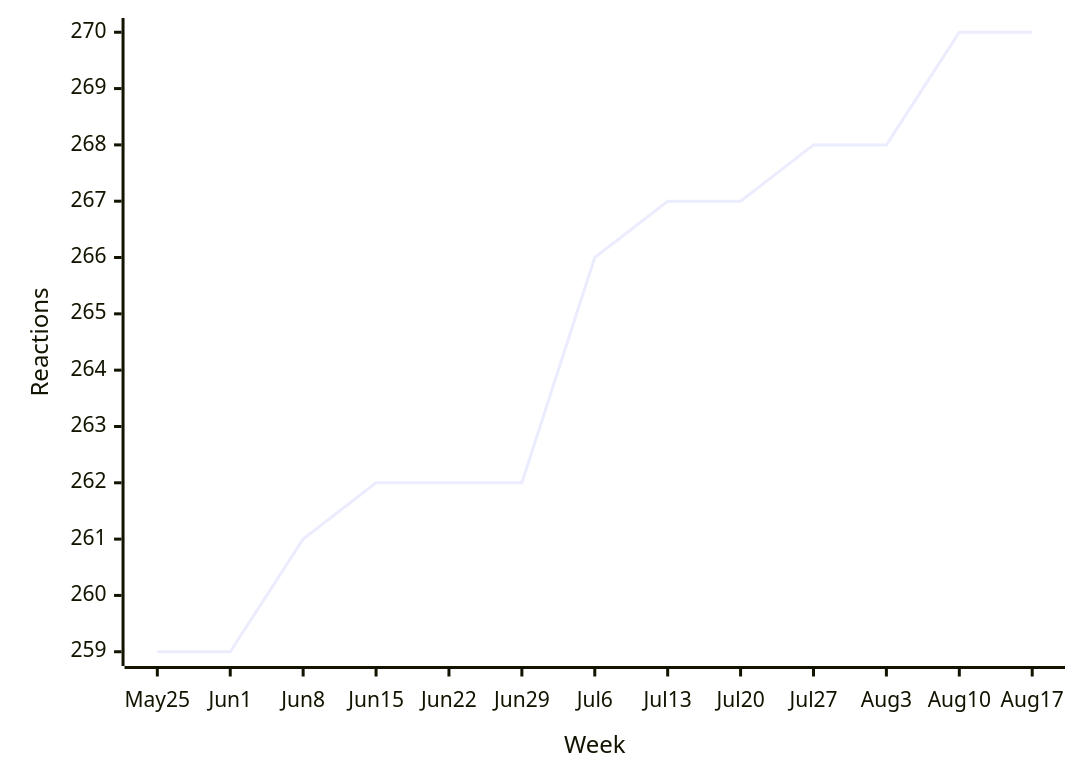
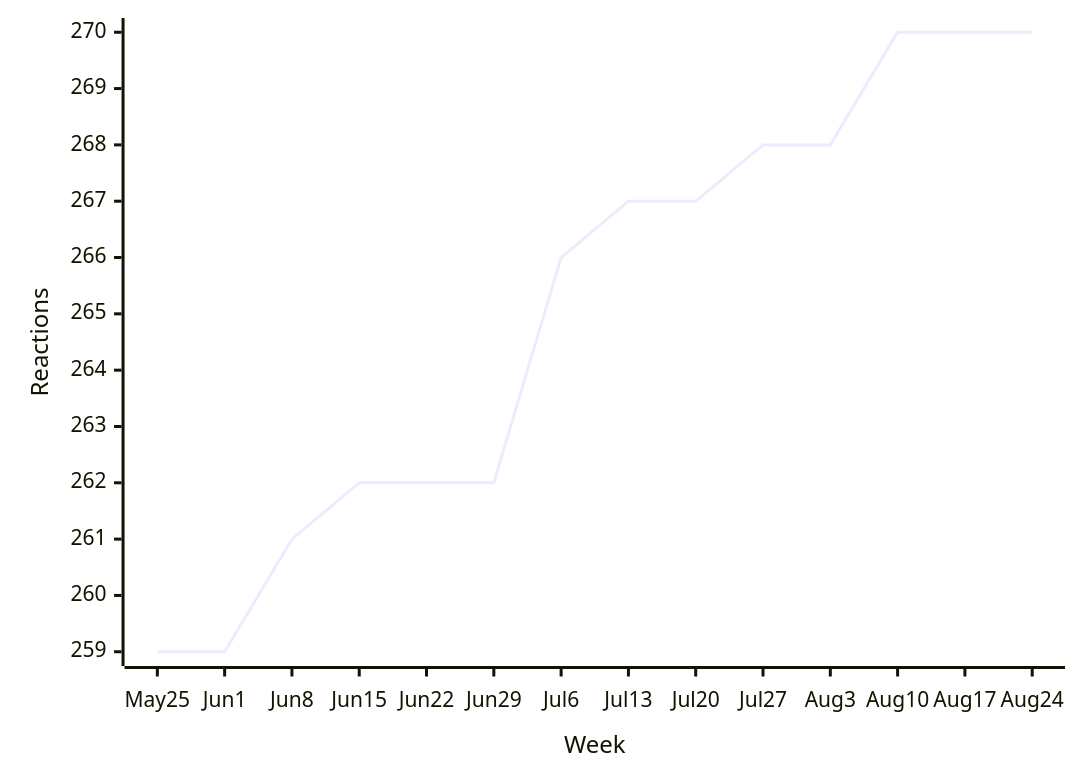
Before and after one commit to loic-sharma/github-insights: diagram 13 of 38 in README.md, drawn with Mermaid. The commit also changed other lines of this file and 3 other files, not shown here.

````diff
--- a/README.md
+++ b/README.md
@@ -528,6 +528,6 @@
   ```mermaid
   xychart-beta
-    x-axis "Week" [May 25, Jun 1, Jun 8, Jun 15, Jun 22, Jun 29, Jul 6, Jul 13, Jul 20, Jul 27, Aug 3, Aug 10, Aug 17]
+    x-axis "Week" [May 25, Jun 1, Jun 8, Jun 15, Jun 22, Jun 29, Jul 6, Jul 13, Jul 20, Jul 27, Aug 3, Aug 10, Aug 17, Aug 24]
     y-axis "Reactions"
-    line [259, 259, 261, 262, 262, 262, 266, 267, 267, 268, 268, 270, 270]
+    line [259, 259, 261, 262, 262, 262, 266, 267, 267, 268, 268, 270, 270, 270]
   ```
````
